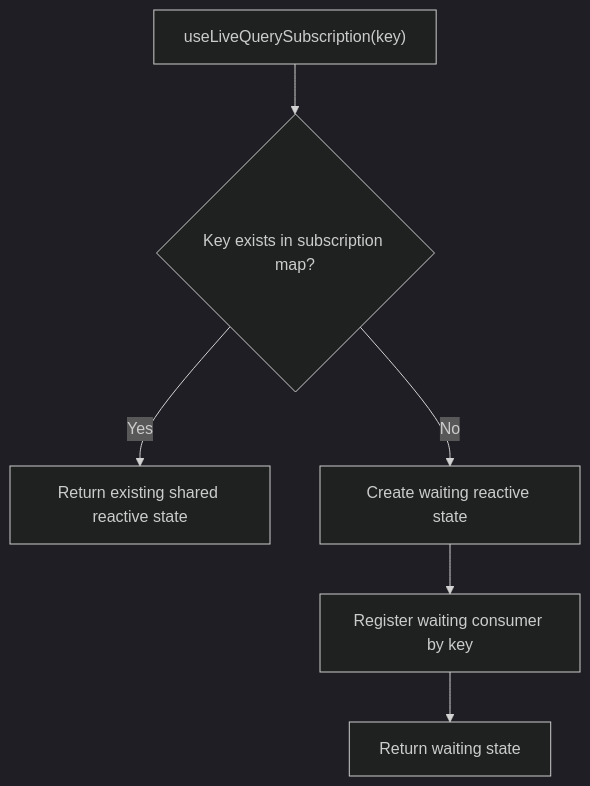
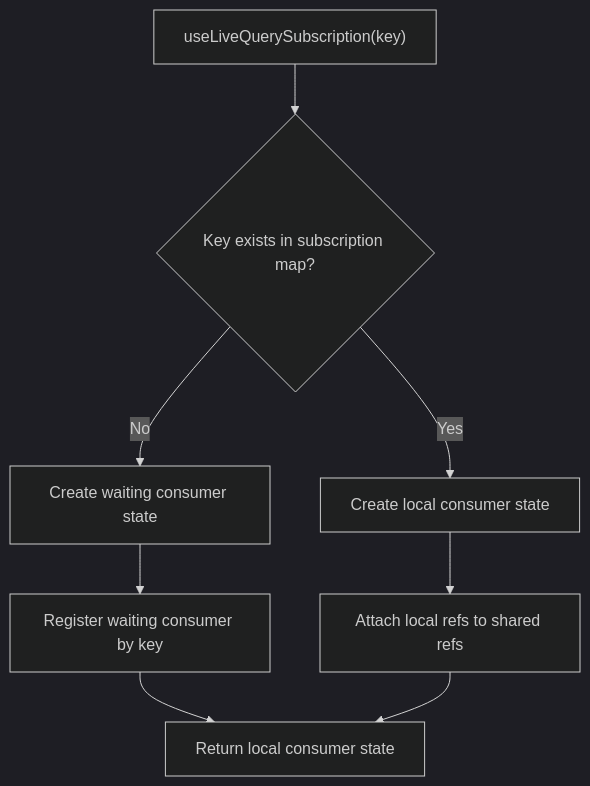
The second of 4 diagrams in README.md (Nessiahs/dexie-reactive), drawn with Mermaid (dark theme) before and after one commit. The commit also changed other lines of this file and 7 other files, not shown here.

````diff
--- a/README.md
+++ b/README.md
@@ -371,8 +383,10 @@
 ```mermaid
 flowchart TD
     A["useLiveQuerySubscription(key)"] --> B{"Key exists in subscription map?"}
-    B -->|Yes| C["Return existing shared reactive state"]
-    B -->|No| D["Create waiting reactive state"]
-    D --> E["Register waiting consumer by key"]
-    E --> F["Return waiting state"]
+    B -->|Yes| C["Create local consumer state"]
+    C --> D["Attach local refs to shared refs"]
+    B -->|No| E["Create waiting consumer state"]
+    E --> F["Register waiting consumer by key"]
+    F --> G["Return local consumer state"]
+    D --> G
 ```
````
